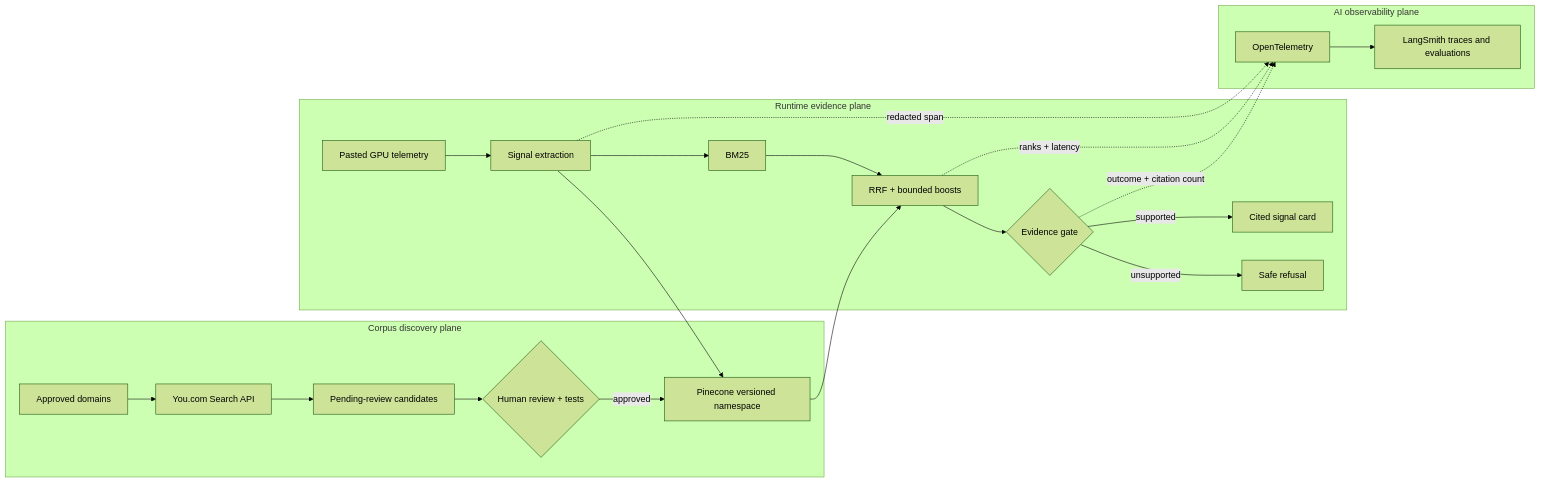
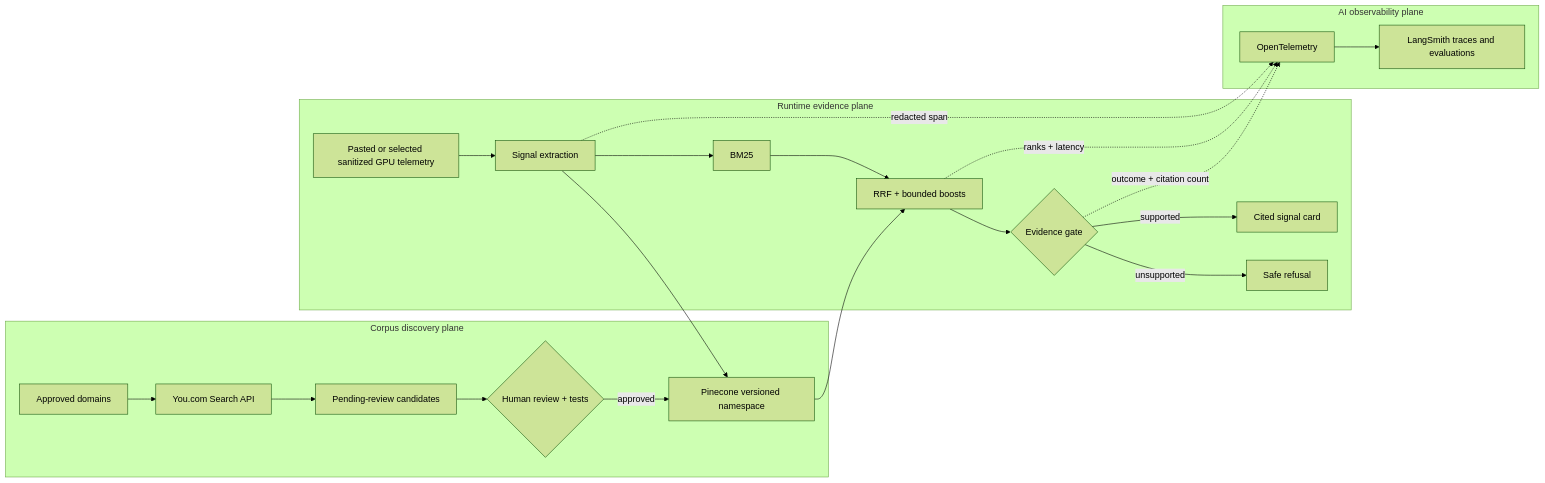
The diagram in docs/YOU_LANGSMITH_INTEGRATION.md (sivalinb/gpu-signal-atlas), drawn with Mermaid (forest theme) before and after one commit. The commit also changed other lines of this file and 32 other files, not shown here.

Commit message:
feat: add live telemetry and GPU performance intelligence

````diff
--- a/docs/YOU_LANGSMITH_INTEGRATION.md
+++ b/docs/YOU_LANGSMITH_INTEGRATION.md
@@ -14,27 +14,27 @@
 ```mermaid
 flowchart LR
   subgraph D[Corpus discovery plane]
     A[Approved domains] --> Y[You.com Search API]
     Y --> Q[Pending-review candidates]
     Q --> H{Human review + tests}
     H -->|approved| P[Pinecone versioned namespace]
   end
 
   subgraph R[Runtime evidence plane]
-    T[Pasted GPU telemetry] --> X[Signal extraction]
+    T[Pasted or selected sanitized GPU telemetry] --> X[Signal extraction]
     X --> B[BM25]
     X --> P
     B --> F[RRF + bounded boosts]
     P --> F
     F --> G{Evidence gate}
     G -->|supported| C[Cited signal card]
     G -->|unsupported| N[Safe refusal]
   end
 
   subgraph O[AI observability plane]
     X -. redacted span .-> OT[OpenTelemetry]
     F -. ranks + latency .-> OT
     G -. outcome + citation count .-> OT
     OT --> L[LangSmith traces and evaluations]
   end
 ```
````
